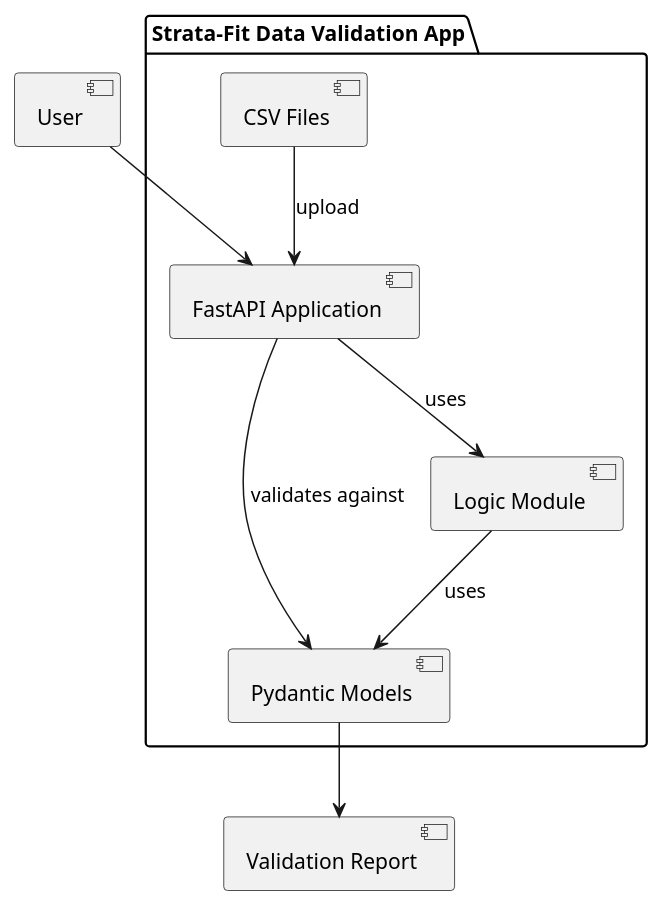
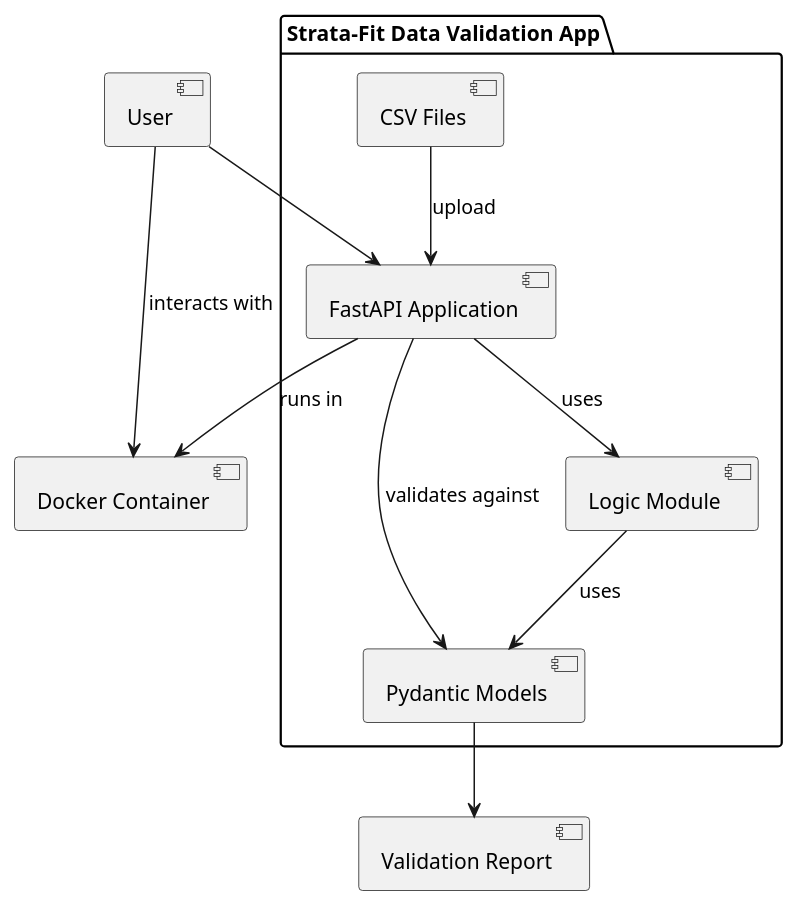
Before and after one commit to mdw-nl/strata-fit-data-schema: the diagram in docs/app.plantuml, drawn with PlantUML. The commit also changed other lines of this file and 1 other file, not shown here.

```diff
--- a/docs/app.plantuml
+++ b/docs/app.plantuml
@@ -1,17 +2,19 @@
 @startuml
 package "Strata-Fit Data Validation App" {
     [FastAPI Application] as app
     [Pydantic Models] as models
     [CSV Files] as csv
     [Logic Module] as logic
 
     app --> models : validates against
     csv --> app : upload
     app --> logic : uses
     logic --> models : uses
 }
 
-
 [User] --> app
 models --> [Validation Report]
+
+app --> [Docker Container] : runs in
+[User] --> [Docker Container] : interacts with
 @enduml
```
